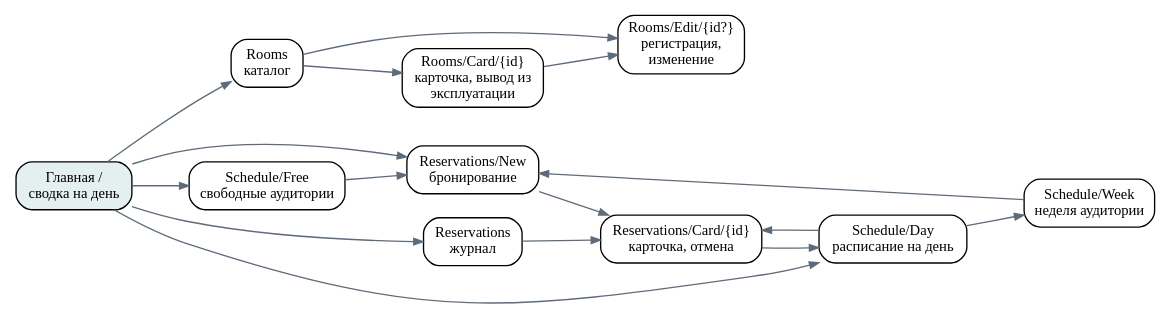
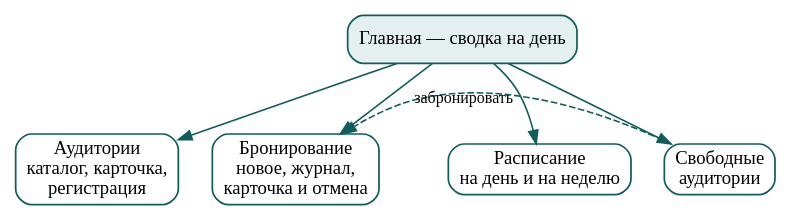
The diagram in docs/report/diagrams/pages.dot (Black287234/KP-shahin), drawn with Graphviz before and after one commit. The commit also changed 8 other files, not shown here.

First line of the commit message:
Оформление документов: перенос строк в листингах, ширины столбцов таблиц, нумерованный список источников, упрощённые схемы

```diff
--- a/docs/report/diagrams/pages.dot
+++ b/docs/report/diagrams/pages.dot
@@ -1,12 +1,12 @@
 digraph G {
-  graph [rankdir=LR, fontname="Liberation Serif", bgcolor=white, nodesep=0.25, ranksep=0.6];
-  node [shape=box, style="rounded,filled", fillcolor="#ffffff", fontname="Liberation Serif", fontsize=11];
-  edge [color="#5d6b7a", arrowsize=0.7];
-  home [label="Главная /\nсводка на день", fillcolor="#e3f0ef"];
-  rooms [label="Rooms\nкаталог"]; rcard [label="Rooms/Card/{id}\nкарточка, вывод из\nэксплуатации"]; redit [label="Rooms/Edit/{id?}\nрегистрация,\nизменение"];
-  rnew [label="Reservations/New\nбронирование"]; rlist [label="Reservations\nжурнал"]; rescard [label="Reservations/Card/{id}\nкарточка, отмена"];
-  day [label="Schedule/Day\nрасписание на день"]; week [label="Schedule/Week\nнеделя аудитории"]; free [label="Schedule/Free\nсвободные аудитории"];
-  home -> rooms; home -> rnew; home -> rlist; home -> day; home -> free;
-  rooms -> rcard -> redit; rooms -> redit;
-  rnew -> rescard; rlist -> rescard; day -> rescard; day -> week; week -> rnew; free -> rnew; rescard -> day;
+  graph [rankdir=TB, fontname="Liberation Serif", bgcolor=white, nodesep=0.35, ranksep=0.55];
+  node [shape=box, style="rounded,filled", fillcolor="#ffffff", color="#0f5e5a", penwidth=1.3, fontname="Liberation Serif", fontsize=14];
+  edge [color="#0f5e5a", penwidth=1.2];
+  home [label="Главная — сводка на день", fillcolor="#e3f0ef"];
+  r [label="Аудитории\nкаталог, карточка,\nрегистрация"];
+  b [label="Бронирование\nновое, журнал,\nкарточка и отмена"];
+  s [label="Расписание\nна день и на неделю"];
+  f [label="Свободные\nаудитории"];
+  home -> {r b s f};
+  f -> b [style=dashed, constraint=false, label=" забронировать", fontname="Liberation Serif", fontsize=12];
 }
```
